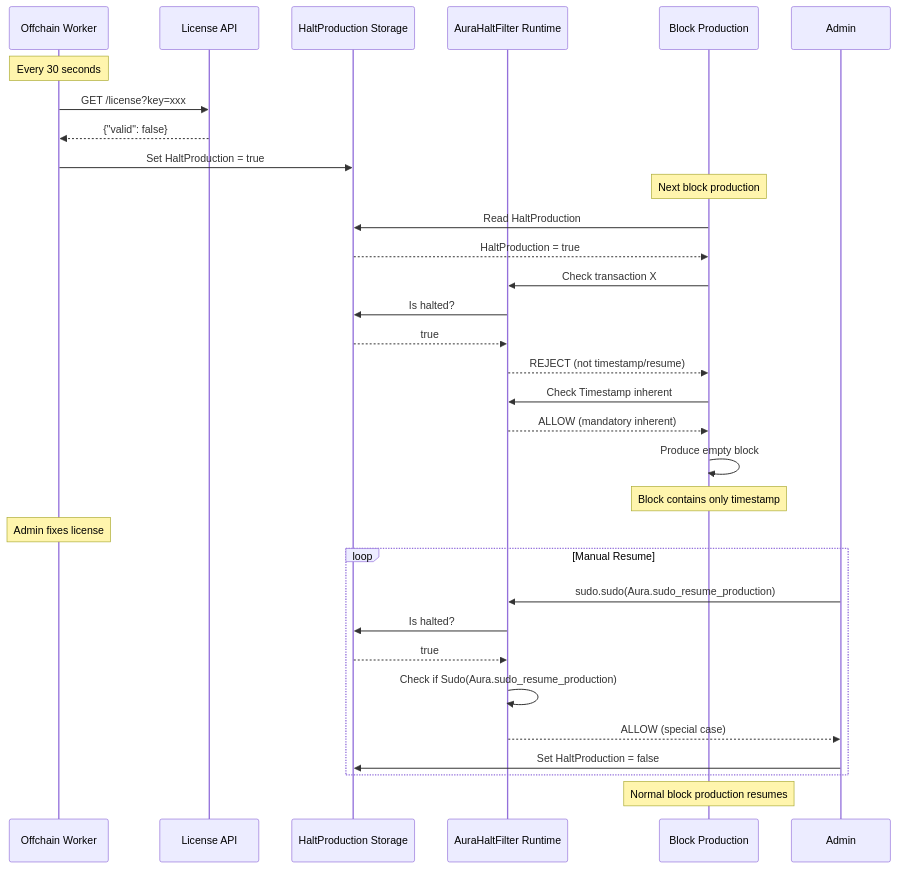
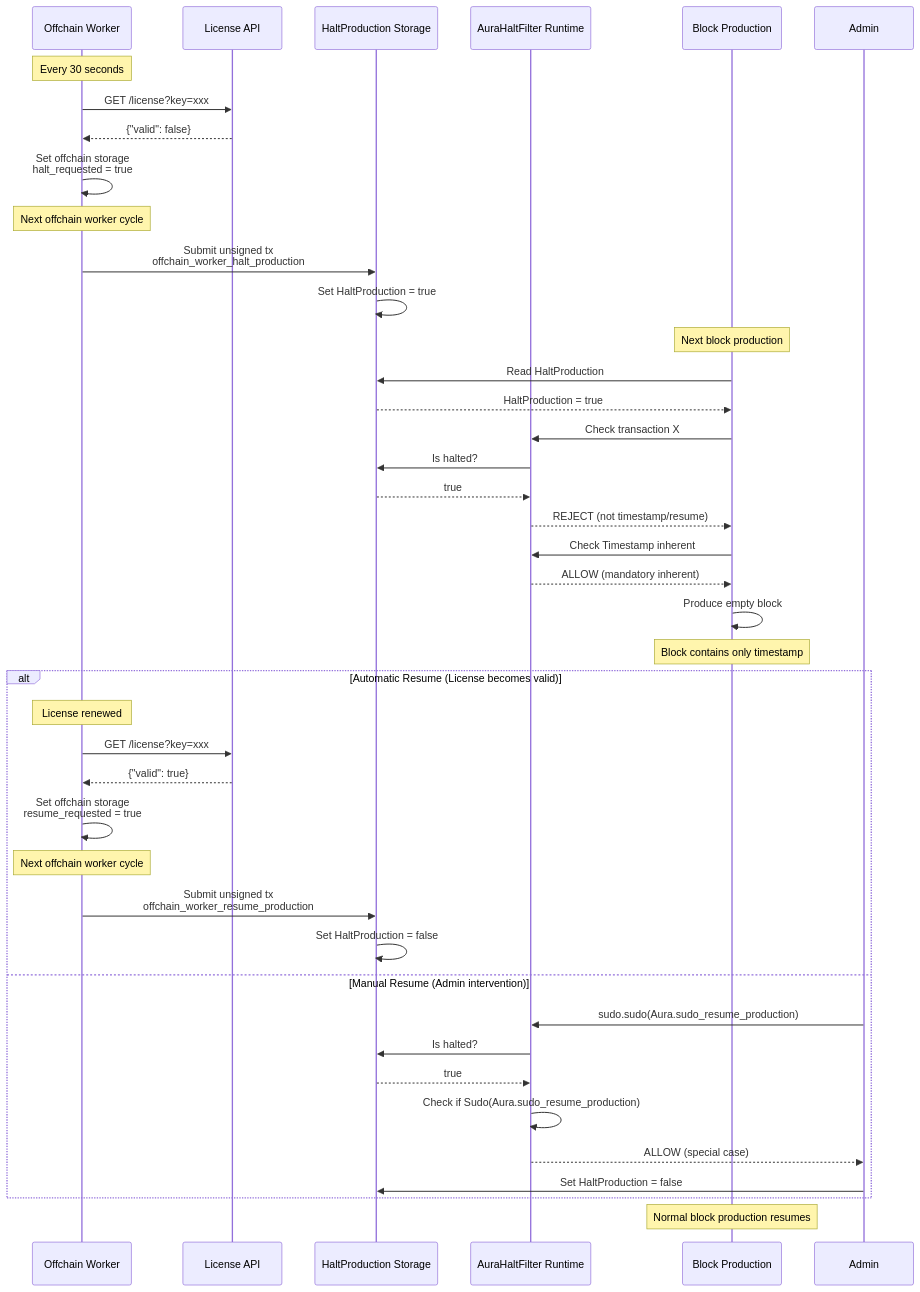
One commit to agustinustheo/licensable-runtime changed the second of 3 diagrams in pallets/licensed-aura/README.md. Above: the diagram before and after it, drawn with Mermaid. The commit also changed other lines of this file and 4 other files, not shown here.

````diff
--- a/pallets/licensed-aura/README.md
+++ b/pallets/licensed-aura/README.md
@@ -80,45 +124,56 @@
 ```mermaid
 sequenceDiagram
     participant OCW as Offchain Worker
     participant API as License API
     participant Storage as HaltProduction Storage
     participant Filter as AuraHaltFilter Runtime
     participant Block as Block Production
 
     Note over OCW: Every 30 seconds
 
     OCW->>API: GET /license?key=xxx
     API-->>OCW: {"valid": false}
 
-    OCW->>Storage: Set HaltProduction = true
+    OCW->>OCW: Set offchain storage<br/>halt_requested = true
+
+    Note over OCW: Next offchain worker cycle
+
+    OCW->>Storage: Submit unsigned tx<br/>offchain_worker_halt_production
+    Storage->>Storage: Set HaltProduction = true
 
     Note over Block: Next block production
 
     Block->>Storage: Read HaltProduction
     Storage-->>Block: HaltProduction = true
 
     Block->>Filter: Check transaction X
     Filter->>Storage: Is halted?
     Storage-->>Filter: true
     Filter-->>Block: REJECT (not timestamp/resume)
 
     Block->>Filter: Check Timestamp inherent
     Filter-->>Block: ALLOW (mandatory inherent)
 
     Block->>Block: Produce empty block
 
     Note over Block: Block contains only timestamp
 
-    Note over OCW: Admin fixes license
-
-    loop Manual Resume
+    alt Automatic Resume (License becomes valid)
+        Note over OCW: License renewed
+        OCW->>API: GET /license?key=xxx
+        API-->>OCW: {"valid": true}
+        OCW->>OCW: Set offchain storage<br/>resume_requested = true
+        Note over OCW: Next offchain worker cycle
+        OCW->>Storage: Submit unsigned tx<br/>offchain_worker_resume_production
+        Storage->>Storage: Set HaltProduction = false
+    else Manual Resume (Admin intervention)
         Admin->>Filter: sudo.sudo(Aura.sudo_resume_production)
         Filter->>Storage: Is halted?
         Storage-->>Filter: true
         Filter->>Filter: Check if Sudo(Aura.sudo_resume_production)
         Filter-->>Admin: ALLOW (special case)
         Admin->>Storage: Set HaltProduction = false
     end
 
     Note over Block: Normal block production resumes
 ```
````
